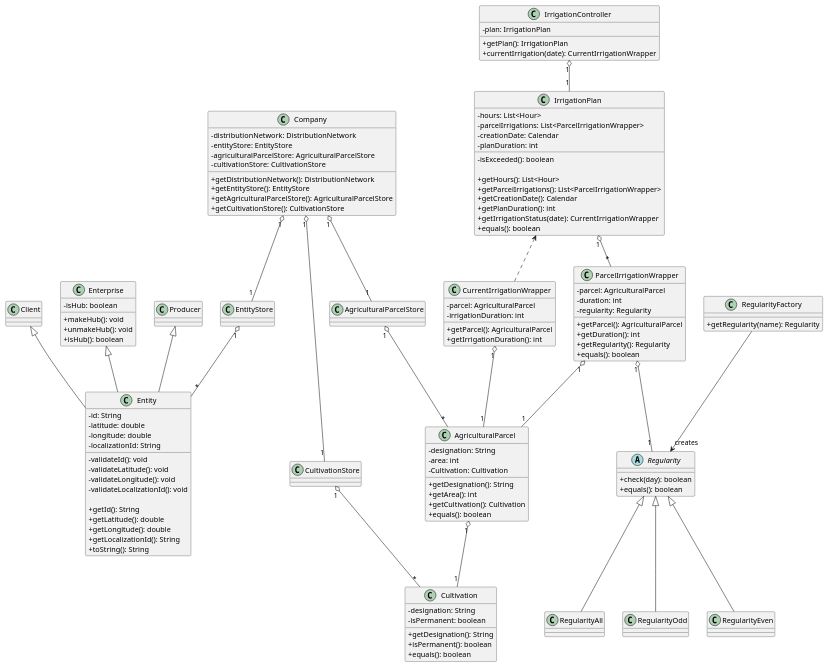
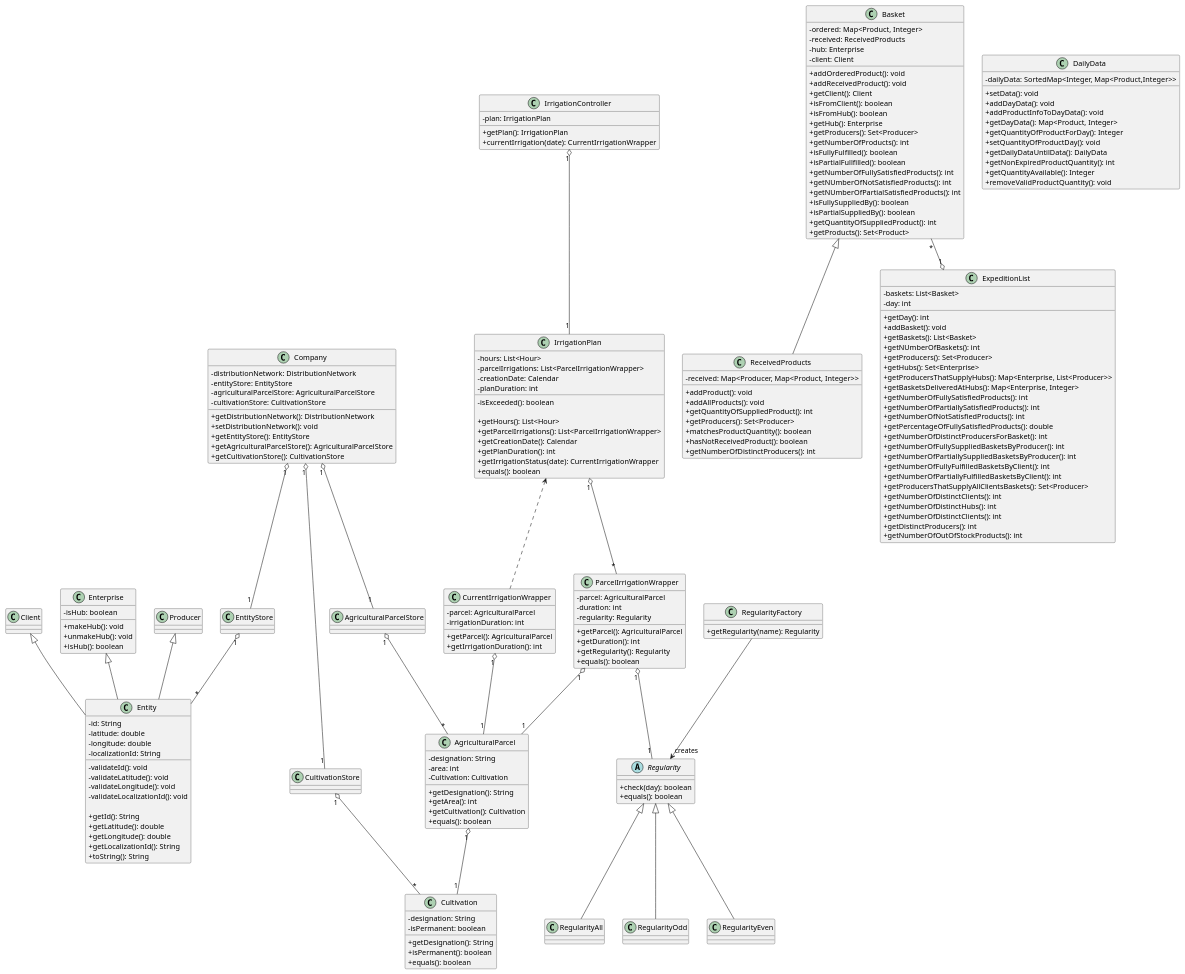
Before and after one commit to miseEnPlace-dev/lapr3: the diagram in docs/CD.puml, drawn with PlantUML.

Commit message:
docs: added missing classes to CD

```diff
--- a/docs/CD.puml
+++ b/docs/CD.puml
@@ -63,6 +63,7 @@
    - cultivationStore: CultivationStore
 
   +getDistributionNetwork(): DistributionNetwork
+  +setDistributionNetwork(): void
   +getEntityStore(): EntityStore
   +getAgriculturalParcelStore(): AgriculturalParcelStore
   +getCultivationStore(): CultivationStore
@@ -129,6 +130,91 @@
 class RegularityOdd {}
 class RegularityEven {}
 
+class Basket {
+   - ordered: Map<Product, Integer>
+   - received: ReceivedProducts
+   - hub: Enterprise
+   - client: Client
+
+   +addOrderedProduct(): void
+   +addReceivedProduct(): void
+   +getClient(): Client
+   +isFromClient(): boolean
+   +isFromHub(): boolean
+   +getHub(): Enterprise
+   +getProducers(): Set<Producer>
+   +getNumberOfProducts(): int
+   +isFullyFulfilled(): boolean
+   +isPartialFullfilled(): boolean
+   +getNumberOfFullySatisfiedProducts(): int
+   +getNUmberOfNotSatisfiedProducts(): int
+   +getNUmberOfPartialSatisfiedProducts(): int
+   +isFullySuppliedBy(): boolean
+   +isPartialSuppliedBy(): boolean
+   +getQuantityOfSuppliedProduct(): int
+   +getProducts(): Set<Product>
+}
+
+class DailyData {
+  - dailyData: SortedMap<Integer, Map<Product,Integer>>
+
+  +setData(): void
+  +addDayData(): void
+  +addProductInfoToDayData(): void
+  +getDayData(): Map<Product, Integer>
+  +getQuantityOfProductForDay(): Integer
+  +setQuantityOfProductDay(): void
+  +getDailyDataUntilData(): DailyData
+  +getNonExpiredProductQuantity(): int
+  +getQuantityAvailable(): Integer
+  +removeValidProductQuantity(): void
+}
+
+class ReceivedProducts {
+  - received: Map<Producer, Map<Product, Integer>>
+
+  +addProduct(): void
+  +addAllProducts(): void
+  +getQuantityOfSuppliedProduct(): int
+  +getProducers(): Set<Producer>
+  +matchesProductQuantity(): boolean
+  +hasNotReceivedProduct(): boolean
+  +getNumberOfDistinctProducers(): int
+}
+
+class ExpeditionList {
+ - baskets: List<Basket>
+ - day: int
+
+ +getDay(): int
+ +addBasket(): void
+ +getBaskets(): List<Basket>
+ +getNUmberOfBaskets(): int
+ +getProducers(): Set<Producer>
+ +getHubs(): Set<Enterprise>
+ +getProducersThatSupplyHubs(): Map<Enterprise, List<Producer>>
+ +getBasketsDeliveredAtHubs(): Map<Enterprise, Integer>
+ +getNumberOfFullySatisfiedProducts(): int
+ +getNumberOfPartiallySatisfiedProducts(): int
+ +getNumberOfNotSatisfiedProducts(): int
+ +getPercentageOfFullySatisfiedProducts(): double
+ +getNumberOfDistinctProducersForBasket(): int
+ +getNumberOfFullySuppliedBasketsByProducer(): int
+ +getNumberOfPartiallySuppliedBasketsByProducer(): int
+ +getNumberOfFullyFulfilledBasketsByClient(): int
+ +getNumberOfPartiallyFulfilledBasketsByClient(): int
+ +getProducersThatSupplyAllClientsBaskets(): Set<Producer>
+ +getNumberOfDistinctClients(): int
+ +getNumberOfDistinctHubs(): int
+ +getNumberOfDistinctClients(): int
+ +getDistinctProducers(): int
+ +getNumberOfOutOfStockProducts(): int
+
+}
+
+Basket "*" --o "1" ExpeditionList
+Basket <|-- ReceivedProducts
+
 Regularity <|-- RegularityAll
 Regularity <|-- RegularityOdd
 Regularity <|-- RegularityEven
```
